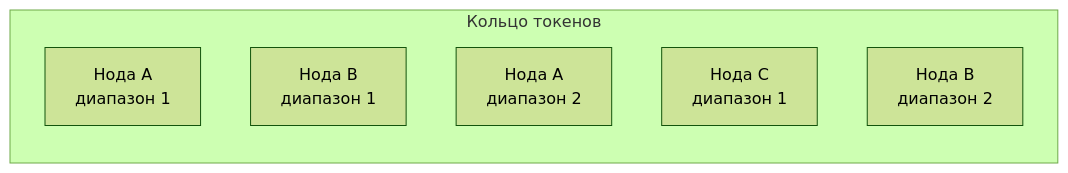
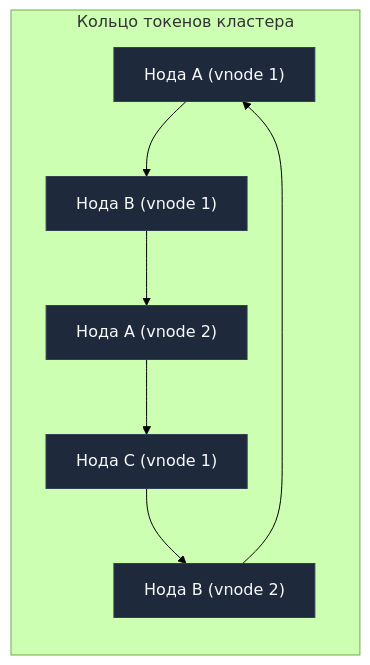
One commit to UnrealTemplier/go-textbook changed the second of 3 diagrams in sources/12. Базы данных/09. NoSQL базы/10. Cassandra архитектура.md. Above: the diagram before and after it, drawn with Mermaid (forest theme). The commit also changed other lines of this file, not shown here.

````diff
--- a/sources/12. Базы данных/09. NoSQL базы/10. Cassandra архитектура.md
+++ b/sources/12. Базы данных/09. NoSQL базы/10. Cassandra архитектура.md
@@ -24,10 +32,12 @@
 ```mermaid
 flowchart LR
-    subgraph Ring["Кольцо токенов"]
-        N1a["Нода A<br>диапазон 1"]
-        N2a["Нода B<br>диапазон 1"]
-        N1b["Нода A<br>диапазон 2"]
-        N3a["Нода C<br>диапазон 1"]
-        N2b["Нода B<br>диапазон 2"]
+    subgraph Ring["Кольцо токенов кластера"]
+        N1a["Нода A (vnode 1)"] --> N2a["Нода B (vnode 1)"]
+        N2a --> N1b["Нода A (vnode 2)"]
+        N1b --> N3a["Нода C (vnode 1)"]
+        N3a --> N2b["Нода B (vnode 2)"]
+        N2b --> N1a
     end
+
+    classDef default fill:#1e293b,stroke:#334155,color:#f8fafc;
 ```
````
